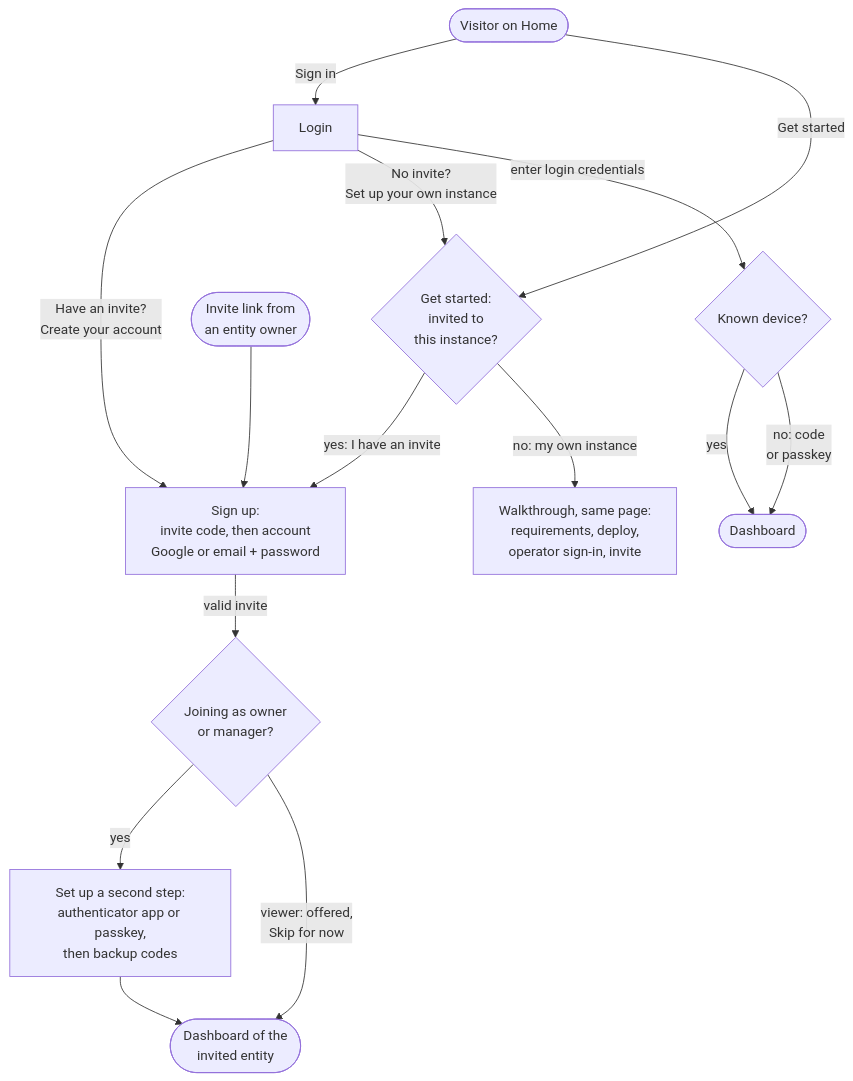
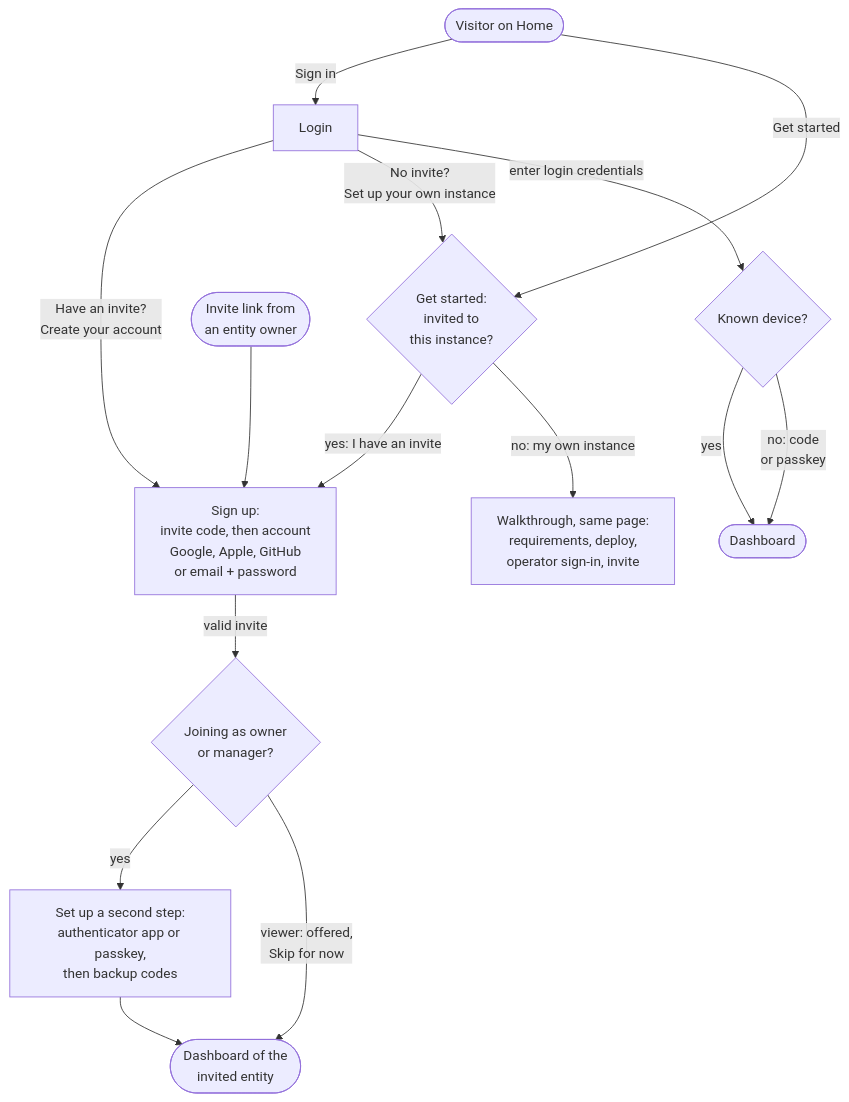
Before and after one commit to richmosko/polycarpic: the diagram in docs/DESIGN/flows/home-entry-flow.md, drawn with Mermaid. The commit also changed other lines of this file and 9 other files, not shown here.

First line of the commit message:
docs(design): Login and Sign up offer Google, Apple and GitHub

````diff
--- a/docs/DESIGN/flows/home-entry-flow.md
+++ b/docs/DESIGN/flows/home-entry-flow.md
@@ -5,17 +5,17 @@
 ```mermaid
 flowchart TD
   home([Visitor on Home]) -- Sign in --> login[Login]
   home -- Get started --> gs{Get started:\ninvited to\nthis instance?}
   invite([Invite link from\nan entity owner]) --> signup
-  login -- "Have an invite?\nCreate your account" --> signup[Sign up:\ninvite code, then account\nGoogle or email + password]
+  login -- "Have an invite?\nCreate your account" --> signup[Sign up:\ninvite code, then account\nGoogle, Apple, GitHub\nor email + password]
   login -- "No invite?\nSet up your own instance" --> gs
   login -- enter login credentials --> known{Known device?}
   known -- yes --> landed([Dashboard])
   known -- "no: code\nor passkey" --> landed
   gs -- "yes: I have an invite" --> signup
   gs -- "no: my own instance" --> walk[Walkthrough, same page:\nrequirements, deploy,\noperator sign-in, invite]
   signup -- valid invite --> role{Joining as owner\nor manager?}
   role -- yes --> enrol[Set up a second step:\nauthenticator app or passkey,\nthen backup codes]
   role -- "viewer: offered,\nSkip for now" --> invited
   enrol --> invited([Dashboard of the\ninvited entity])
 ```
````
